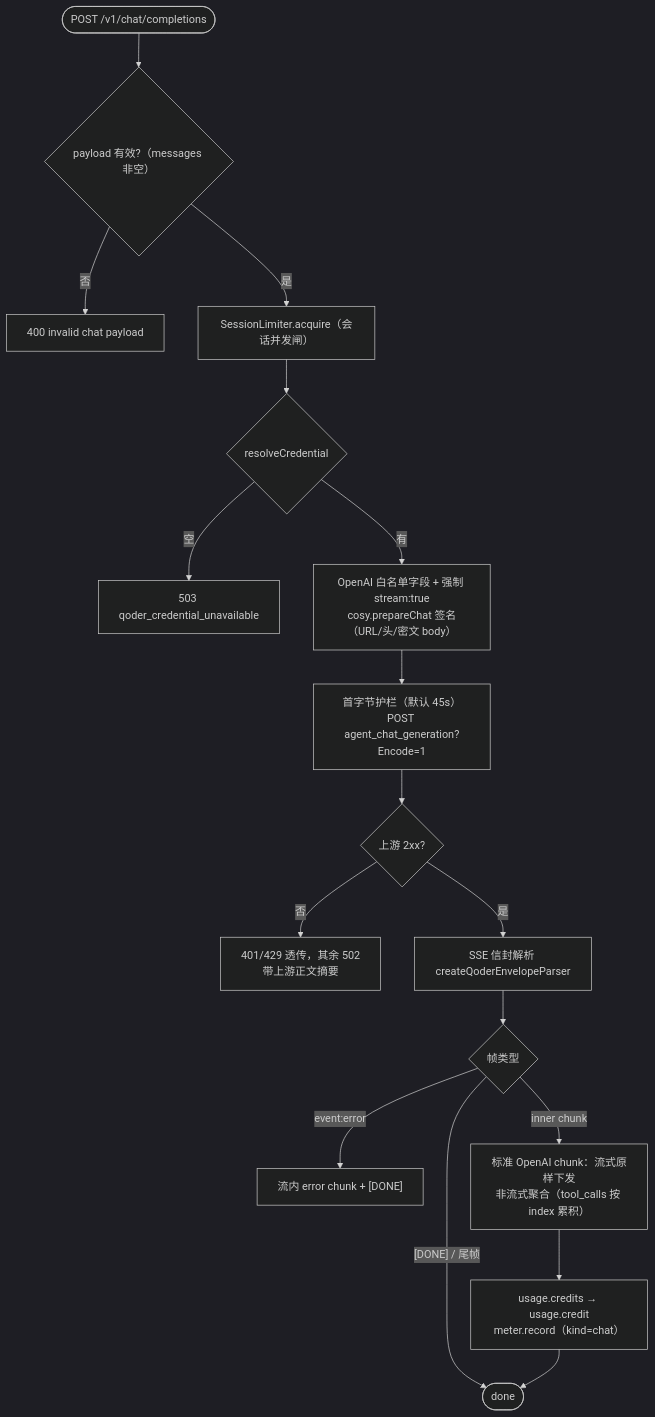
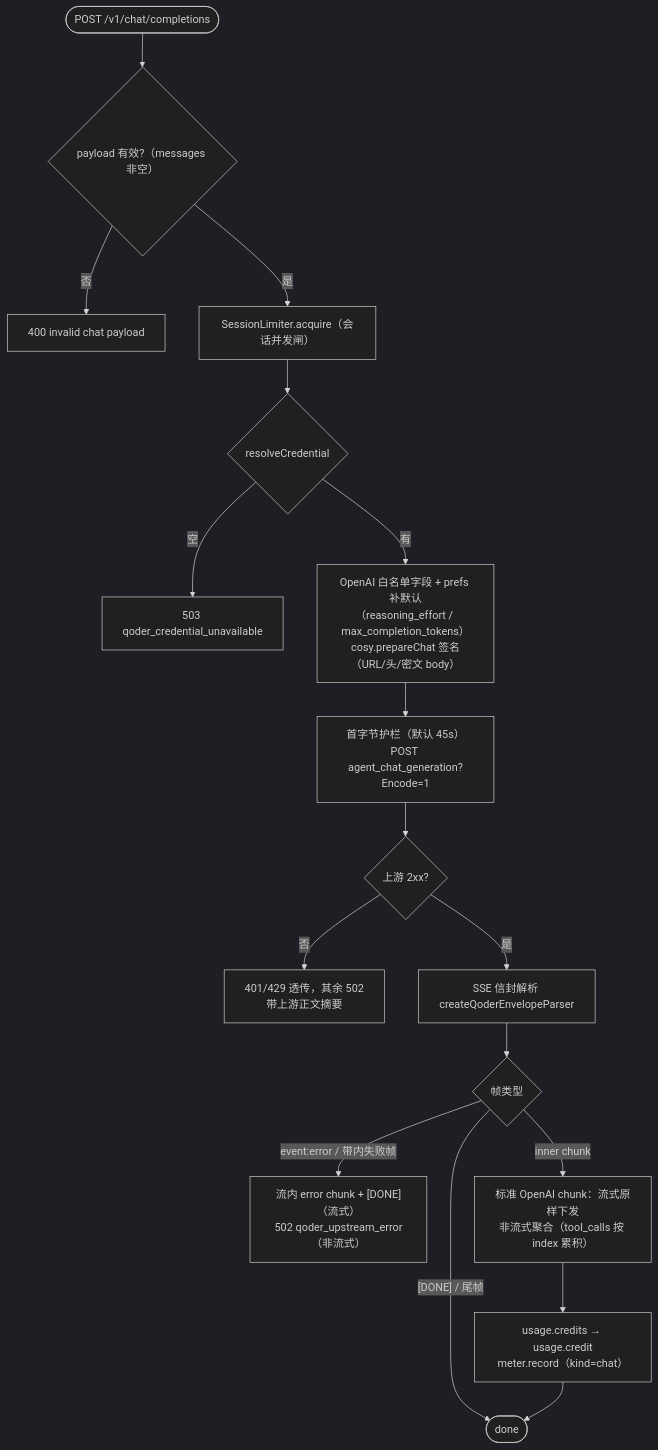
One commit to taikaikaikai-pixel/dsh-codebuddy-plugin changed the second of 2 diagrams in wiki/10-provider-qoder.md. Above: the diagram before and after it, drawn with Mermaid (dark theme). The commit also changed other lines of this file and 6 other files, not shown here.

````diff
--- a/wiki/10-provider-qoder.md
+++ b/wiki/10-provider-qoder.md
@@ -140,19 +141,19 @@
 ```mermaid
 flowchart TB
     IN(["POST /v1/chat/completions"]) --> VALID{"payload 有效?（messages 非空）"}
     VALID -->|否| E400["400 invalid chat payload"]
     VALID -->|是| ACQ["SessionLimiter.acquire（会话并发闸）"]
     ACQ --> CRED{"resolveCredential"}
     CRED -->|空| E503["503 qoder_credential_unavailable"]
-    CRED -->|有| OUT["OpenAI 白名单字段 + 强制 stream:true<br/>cosy.prepareChat 签名（URL/头/密文 body）"]
+    CRED -->|有| OUT["OpenAI 白名单字段 + prefs 补默认<br/>（reasoning_effort / max_completion_tokens）<br/>cosy.prepareChat 签名（URL/头/密文 body）"]
     OUT --> FB["首字节护栏（默认 45s）<br/>POST agent_chat_generation?Encode=1"]
     FB --> OK{"上游 2xx?"}
     OK -->|否| EUP["401/429 透传，其余 502<br/>带上游正文摘要"]
     OK -->|是| PARSE["SSE 信封解析 createQoderEnvelopeParser"]
     PARSE --> EV{"帧类型"}
-    EV -->|"event:error"| EERR["流内 error chunk + [DONE]"]
+    EV -->|"event:error / 带内失败帧"| EERR["流内 error chunk + [DONE]（流式）<br/>502 qoder_upstream_error（非流式）"]
     EV -->|"[DONE]" / 尾帧| DONE
     EV -->|inner chunk| EMIT["标准 OpenAI chunk：流式原样下发<br/>非流式聚合（tool_calls 按 index 累积）"]
     EMIT --> METER["usage.credits → usage.credit<br/>meter.record（kind=chat）"]
     METER --> DONE(["done"])
 ```
````
